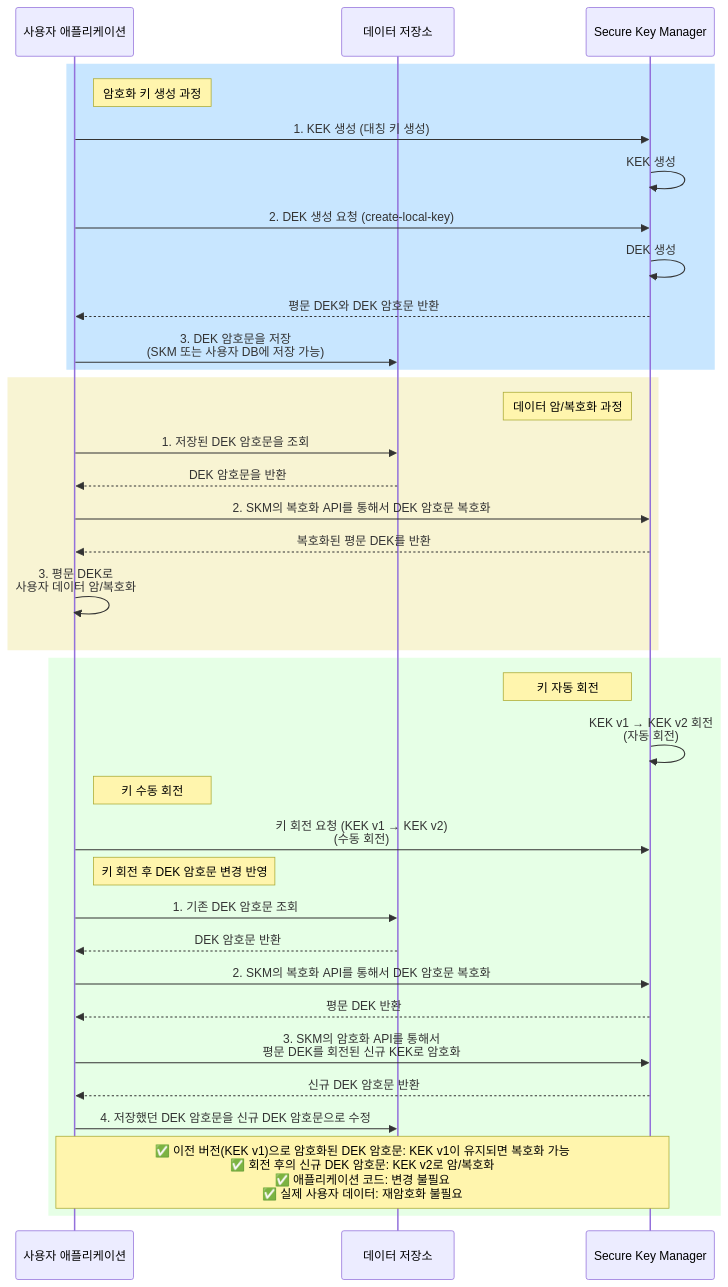
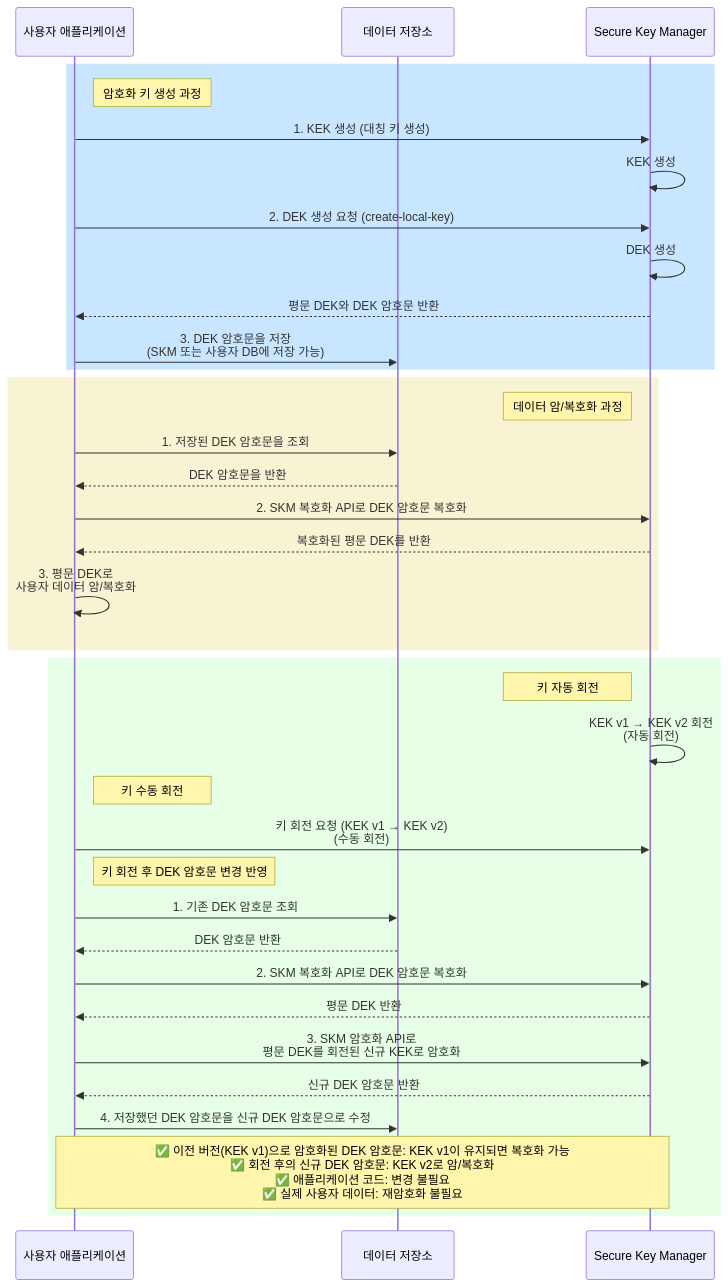
Before and after one commit to TOAST-DOCS/kms: the diagram in ko/key-rotation-guide.md, drawn with Mermaid. The commit also changed other lines of this file, not shown here.

````diff
--- a/ko/key-rotation-guide.md
+++ b/ko/key-rotation-guide.md
@@ -113,47 +113,47 @@
 ```mermaid
 sequenceDiagram
     participant App as 사용자 애플리케이션
     participant DB as 데이터 저장소
     participant SKM as Secure Key Manager
 
     rect rgb(200, 230, 255)
     note right of App: 암호화 키 생성 과정
 
     App->>SKM: 1. KEK 생성 (대칭 키 생성)
     SKM->>SKM: KEK 생성
     App->>SKM: 2. DEK 생성 요청 (create-local-key)
     SKM->>SKM: DEK 생성
     SKM-->>App: 평문 DEK와 DEK 암호문 반환
     App->>DB: 3. DEK 암호문을 저장<br/>(SKM 또는 사용자 DB에 저장 가능)
     end
 
     rect rgb(248, 244, 211)
     note left of SKM: 데이터 암/복호화 과정
 
     App->>DB: 1. 저장된 DEK 암호문을 조회
     DB-->>App: DEK 암호문을 반환
-    App->>SKM: 2. SKM의 복호화 API를 통해서 DEK 암호문 복호화
+    App->>SKM: 2. SKM 복호화 API로 DEK 암호문 복호화
     SKM-->>App: 복호화된 평문 DEK를 반환
     App->>App: 3. 평문 DEK로<br/>사용자 데이터 암/복호화
     end
 
     rect rgb(230, 255, 230)
     note left of SKM: 키 자동 회전
     SKM->>SKM: KEK v1 → KEK v2 회전<br/>(자동 회전)
 
     note right of App: 키 수동 회전
     App->>SKM: 키 회전 요청 (KEK v1 → KEK v2)<br/>(수동 회전)
 
     note right of App: 키 회전 후 DEK 암호문 변경 반영
     App->>DB: 1. 기존 DEK 암호문 조회
     DB-->>App: DEK 암호문 반환
-    App->>SKM: 2. SKM의 복호화 API를 통해서 DEK 암호문 복호화
+    App->>SKM: 2. SKM 복호화 API로 DEK 암호문 복호화
     SKM-->>App: 평문 DEK 반환
-    App->>SKM: 3. SKM의 암호화 API를 통해서<br/>평문 DEK를 회전된 신규 KEK로 암호화
+    App->>SKM: 3. SKM 암호화 API로<br/>평문 DEK를 회전된 신규 KEK로 암호화
     SKM-->>App: 신규 DEK 암호문 반환
     App->>DB: 4. 저장했던 DEK 암호문을 신규 DEK 암호문으로 수정
 
     note over App, SKM: ✅ 이전 버전(KEK v1)으로 암호화된 DEK 암호문: KEK v1이 유지되면 복호화 가능<br/>✅ 회전 후의 신규 DEK 암호문: KEK v2로 암/복호화<br/>✅ 애플리케이션 코드: 변경 불필요<br/>✅ 실제 사용자 데이터: 재암호화 불필요
 
     end
 ```
````
